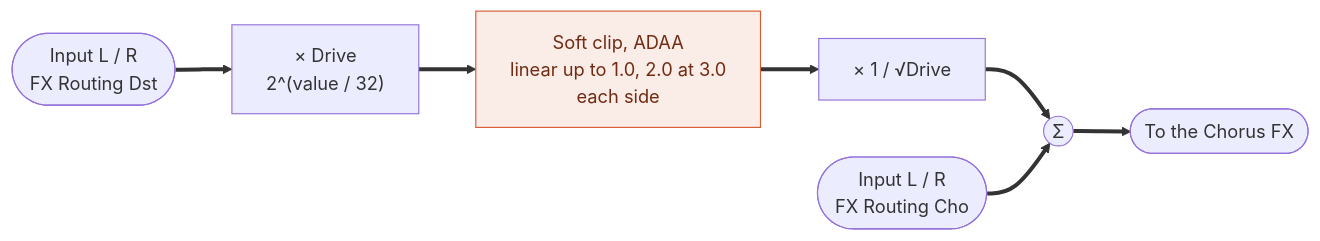
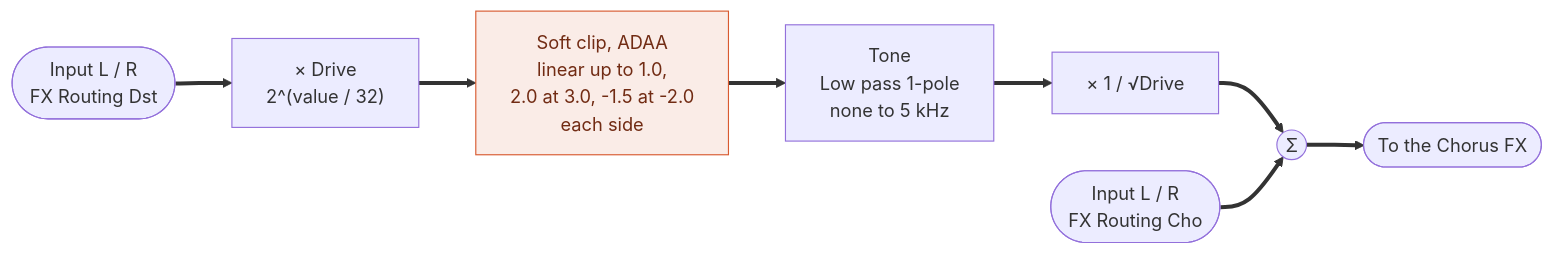
Before and after one commit to risgk/digital-synth-pra32-u2: the fourth of 10 diagrams in PRA32-U2-Block-Diagrams.md, drawn with Mermaid. The commit also changed other lines of this file and 3 other files, not shown here.

````diff
--- a/PRA32-U2-Block-Diagrams.md
+++ b/PRA32-U2-Block-Diagrams.md
@@ -137,11 +141,12 @@
 ```mermaid
 flowchart LR
     IN([Input L / R<br/>FX Routing Dst]) ==> G["× Drive<br/>2^(value / 32)"]
-    G ==> SC["Soft clip, ADAA<br/>linear up to 1.0, 2.0 at 3.0<br/>each side"]
-    SC ==> M["× 1 / √Drive"]
+    G ==> SC["Soft clip, ADAA<br/>linear up to 1.0,<br/>2.0 at 3.0, -1.5 at -2.0<br/>each side"]
+    SC ==> T["Tone<br/>Low pass 1-pole<br/>none to 5 kHz"]
+    T ==> M["× 1 / √Drive"]
     M ==> S((Σ))
     CHO([Input L / R<br/>FX Routing Cho]) ==> S
     S ==> OUT([To the Chorus FX])
     classDef nl fill:#FAECE7,stroke:#D85A30,color:#712B13
     class SC nl
 ```
````
